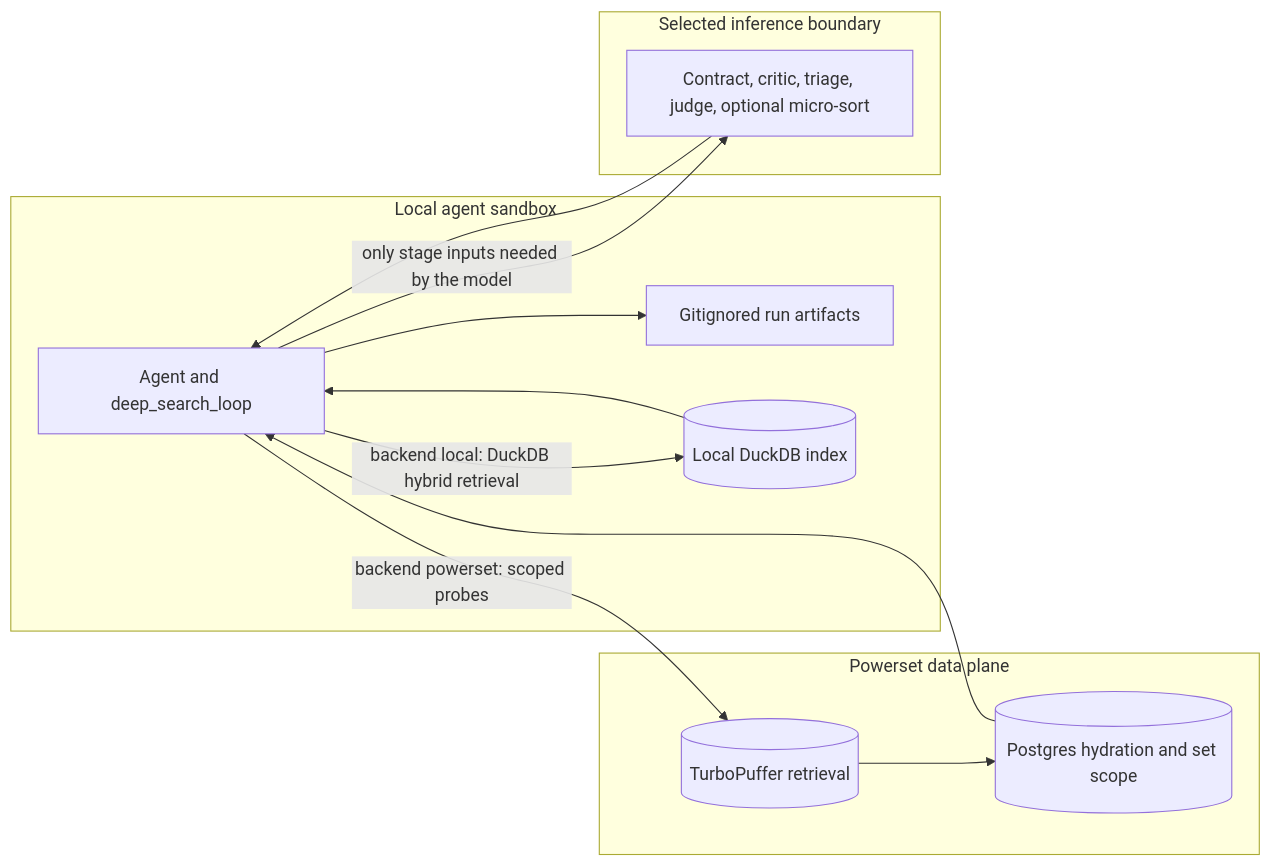
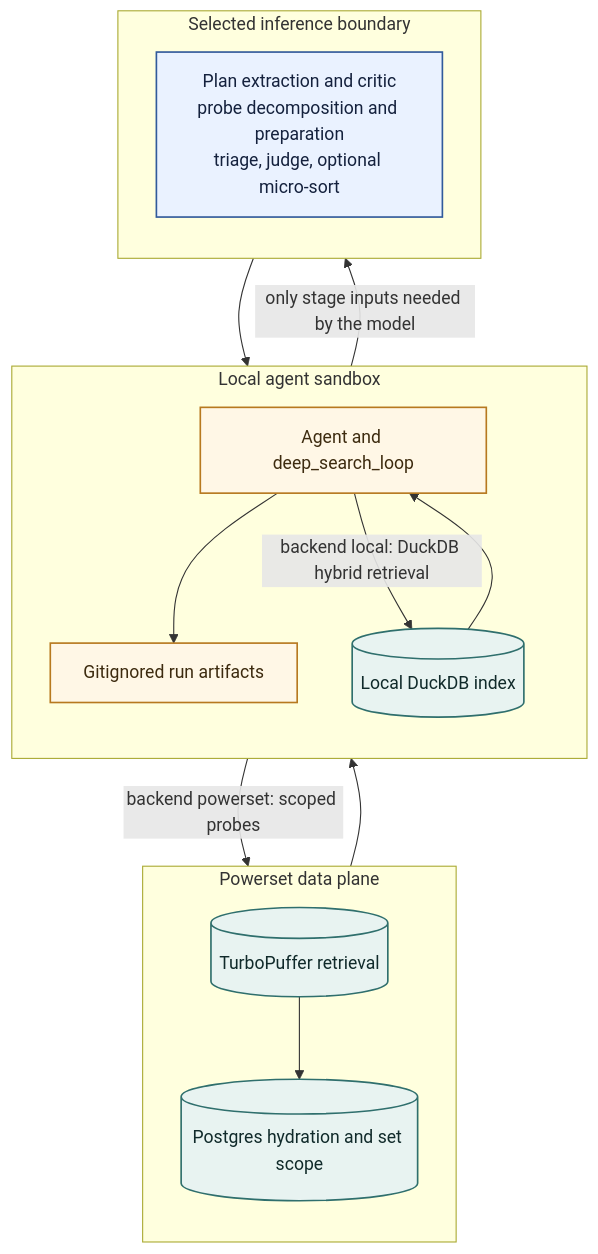
One commit to powerset-co/powerpacks changed the third of 3 diagrams in packs/search/docs/search-architecture.md. Above: the diagram before and after it, drawn with Mermaid. The commit also changed other lines of this file and 25 other files, not shown here.

````diff
--- a/packs/search/docs/search-architecture.md
+++ b/packs/search/docs/search-architecture.md
@@ -240,26 +335,36 @@
 ```mermaid
-flowchart LR
+flowchart TD
     subgraph Host[Local agent sandbox]
+        direction TD
         A[Agent and deep_search_loop]
         F[Gitignored run artifacts]
         D[(Local DuckDB index)]
         A --> F
     end
 
     subgraph Cloud[Powerset data plane]
+        direction TD
         T[(TurboPuffer retrieval)]
         G[(Postgres hydration and set scope)]
     end
 
     subgraph Models[Selected inference boundary]
-        M[Contract, critic, triage, judge, optional micro-sort]
+        direction TD
+        M[Plan extraction and critic<br/>probe decomposition and preparation<br/>triage, judge, optional micro-sort]
     end
 
     A -->|backend local: DuckDB hybrid retrieval| D
     A -->|backend powerset: scoped probes| T
     T --> G
     D --> A
     G --> A
     A -->|only stage inputs needed by the model| M
     M --> A
+
+    classDef host fill:#fff7e6,color:#3d2b0f,stroke:#b7791f,stroke-width:1.5px;
+    classDef data fill:#e8f3f1,color:#102a2a,stroke:#2f6f6d,stroke-width:1.5px;
+    classDef model fill:#eaf2ff,color:#14213d,stroke:#315a9b,stroke-width:1.5px;
+    class A,F host;
+    class D,T,G data;
+    class M model;
 ```
````
